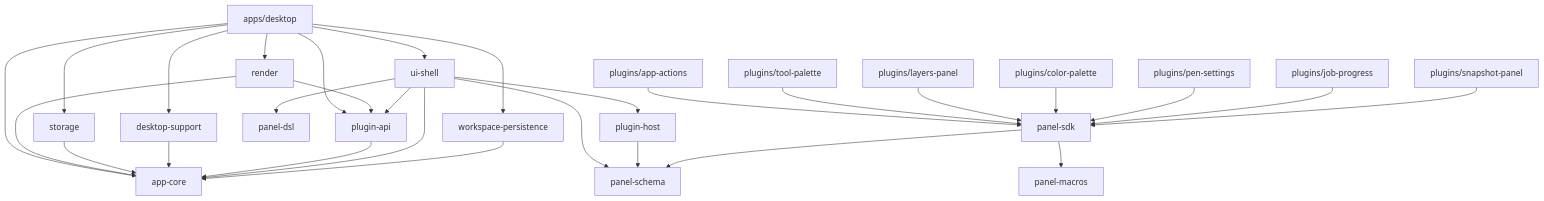
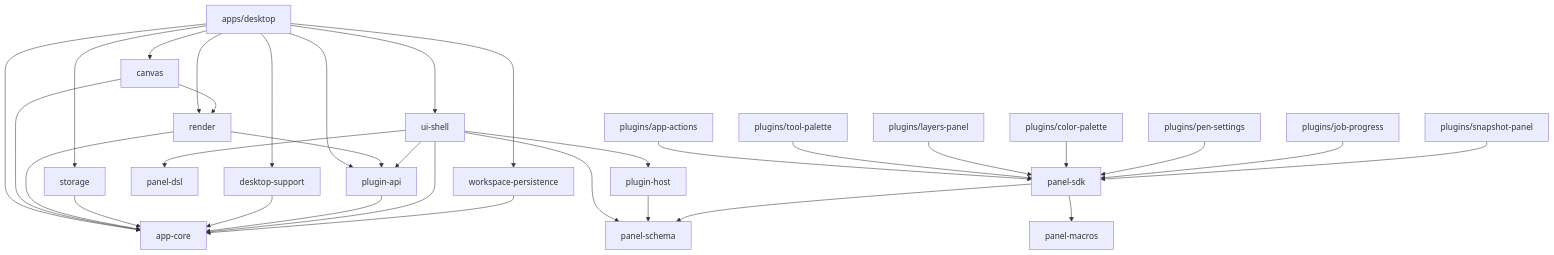
The first of 2 diagrams in docs/MODULE_DEPENDENCIES.md (gitdmnt/altpaint), drawn with Mermaid before and after one commit. The commit also changed other lines of this file and 40 other files, not shown here.

````diff
--- a/docs/MODULE_DEPENDENCIES.md
+++ b/docs/MODULE_DEPENDENCIES.md
@@ -70,36 +71,39 @@
 ```mermaid
 graph TD
     desktop[apps/desktop] --> appcore[app-core]
+  desktop --> canvas[canvas]
     desktop --> render[render]
     desktop --> uishell[ui-shell]
     desktop --> pluginapi[plugin-api]
     desktop --> storage[storage]
     desktop --> dsupport[desktop-support]
     desktop --> wpersist[workspace-persistence]
 
+  canvas --> appcore
+  canvas --> render
     render --> appcore
     render --> pluginapi
     storage --> appcore
     dsupport --> appcore
     pluginapi --> appcore
 
     uishell --> appcore
     uishell --> pluginapi
     uishell --> pds[panel-dsl]
     uishell --> pschema[panel-schema]
     uishell --> phost[plugin-host]
 
     wpersist[workspace-persistence] --> appcore
 
     phost --> pschema
     psdk[panel-sdk] --> pmacros[panel-macros]
     psdk --> pschema
 
     appactions[plugins/app-actions] --> psdk
     toolpalette[plugins/tool-palette] --> psdk
     layerspanel[plugins/layers-panel] --> psdk
     colorpalette[plugins/color-palette] --> psdk
     pensettings[plugins/pen-settings] --> psdk
     jobprogress[plugins/job-progress] --> psdk
     snapshotpanel[plugins/snapshot-panel] --> psdk
 ```
````
